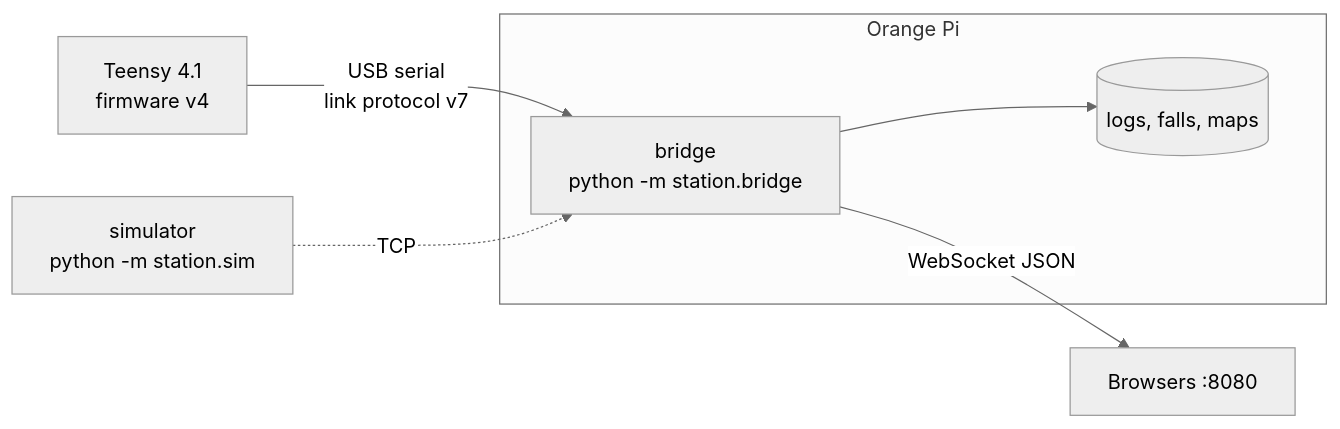
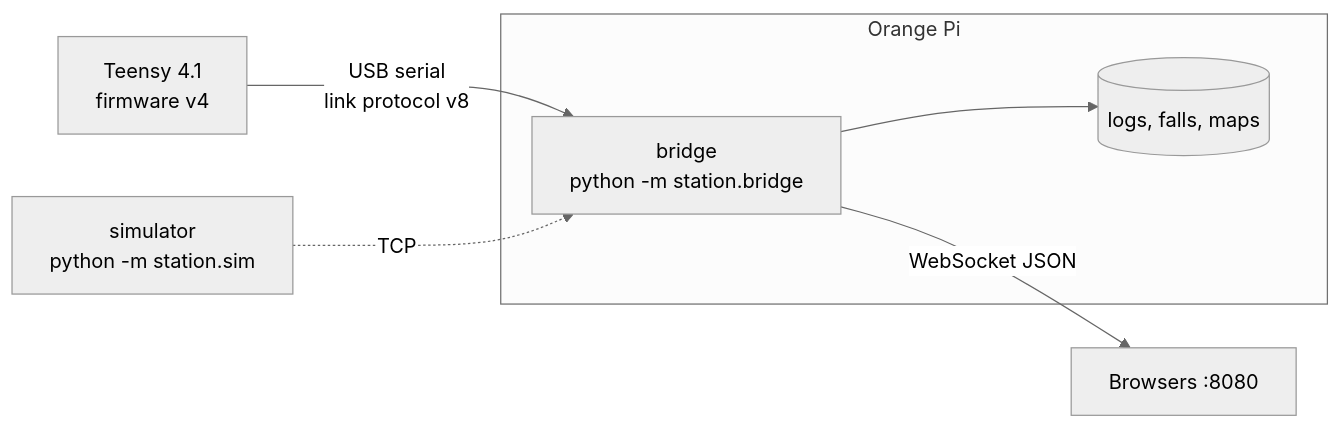
The first of 3 diagrams in station/README.md (nespotts/self_balancing_robot_3), drawn with Mermaid (neutral theme) before and after one commit. The commit also changed 33 other files, not shown here.

````diff
--- a/station/README.md
+++ b/station/README.md
@@ -5,9 +5,9 @@
 ```mermaid
 flowchart LR
-  T[Teensy 4.1<br>firmware v4] -- "USB serial<br>link protocol v7" --> B
+  T[Teensy 4.1<br>firmware v4] -- "USB serial<br>link protocol v8" --> B
   subgraph Pi[Orange Pi]
     B[bridge<br>python -m station.bridge] --> L[(logs, falls, maps)]
   end
   B -- "WebSocket JSON" --> W[Browsers :8080]
   S[simulator<br>python -m station.sim] -. "TCP" .-> B
 ```
````
